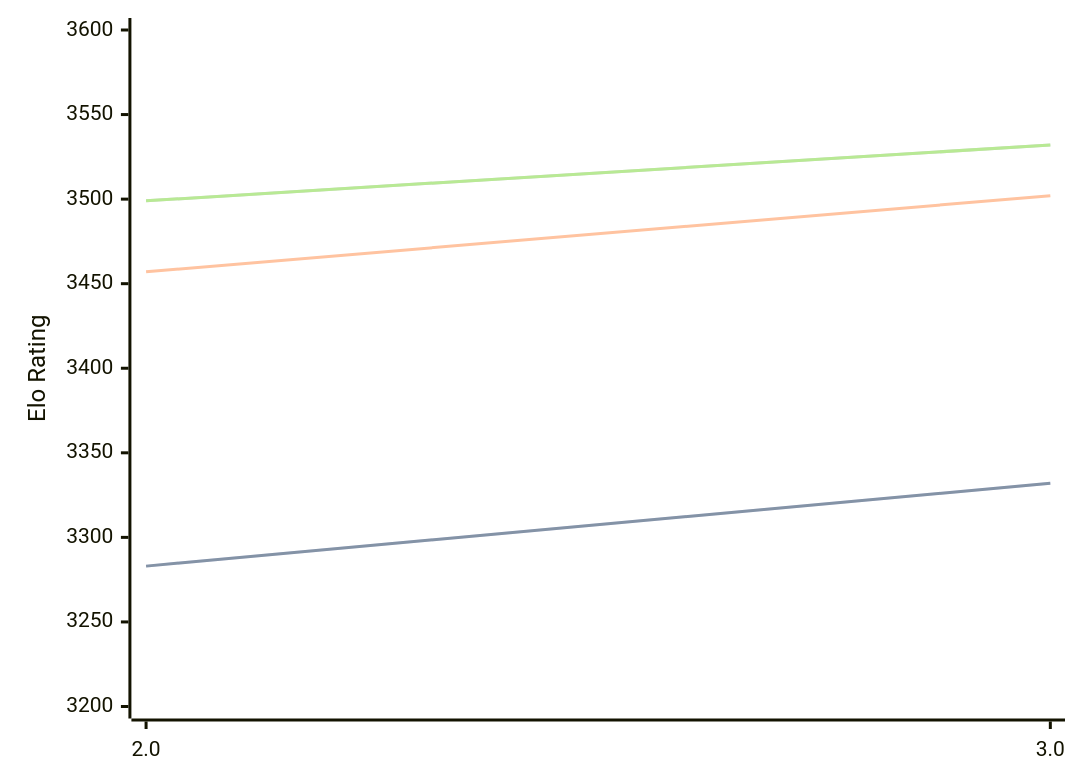
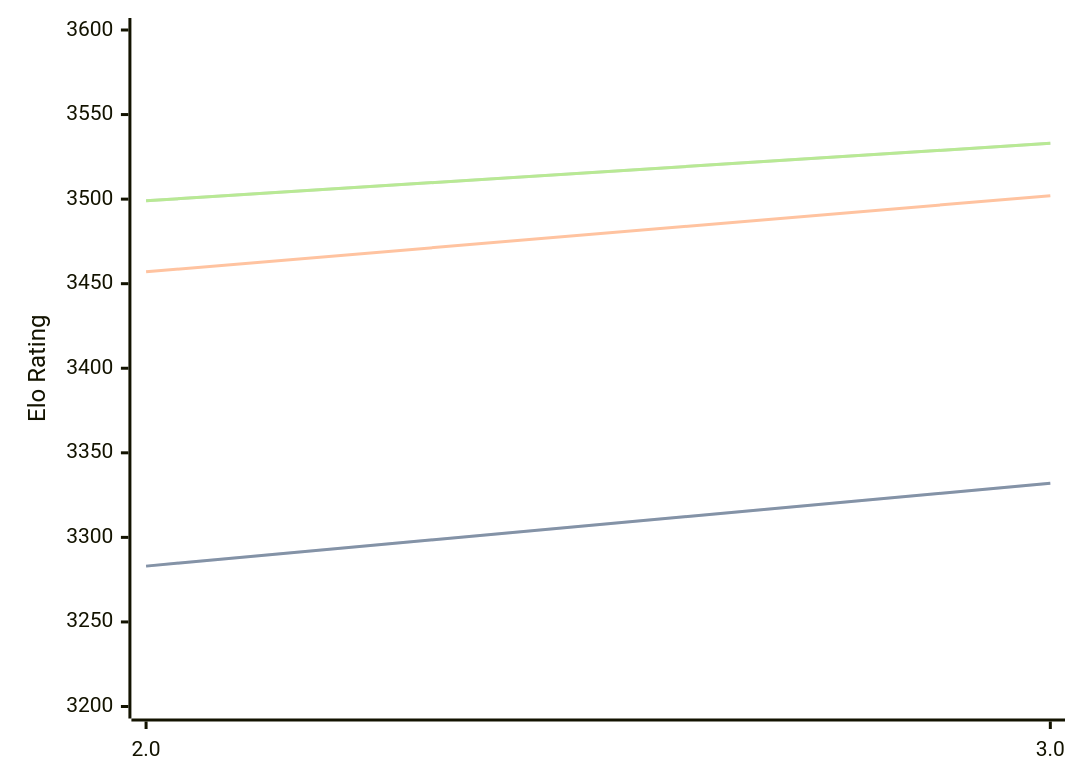
One commit to computer-chess-index/cci changed the diagram in engines/Quanticade.md. Above: the diagram before and after it, drawn with Mermaid. The commit also changed other lines of this file, not shown here.

Commit message:
Update CCI Ratings (ELO VLTC) - 2026-07-21

````diff
--- a/engines/Quanticade.md
+++ b/engines/Quanticade.md
@@ -41,11 +41,11 @@
 ```mermaid
 %%{init: {"theme":"base","themeVariables":{"seriesColors:['#a3a3a3','#222221','#faa371']}}}%%
 xychart-beta
   x-axis ["2.0", "3.0"]
   y-axis "Elo Rating" 3200 --> 3600
   line "STC (8.0+0.08s)" [3283, 3332]
   line "STC (8.0+0.08s)" [3283, 3332]
   line "LTC (60.0+0.60s)" [3457, 3502]
-  line "VLTC (2m24s+1.12s)" [3499, 3532]
-  line "VLTC (2m24s+1.12s)" [3499, 3532]
+  line "VLTC (2m24s+1.12s)" [3499, 3533]
+  line "VLTC (2m24s+1.12s)" [3499, 3533]
 ```
````
